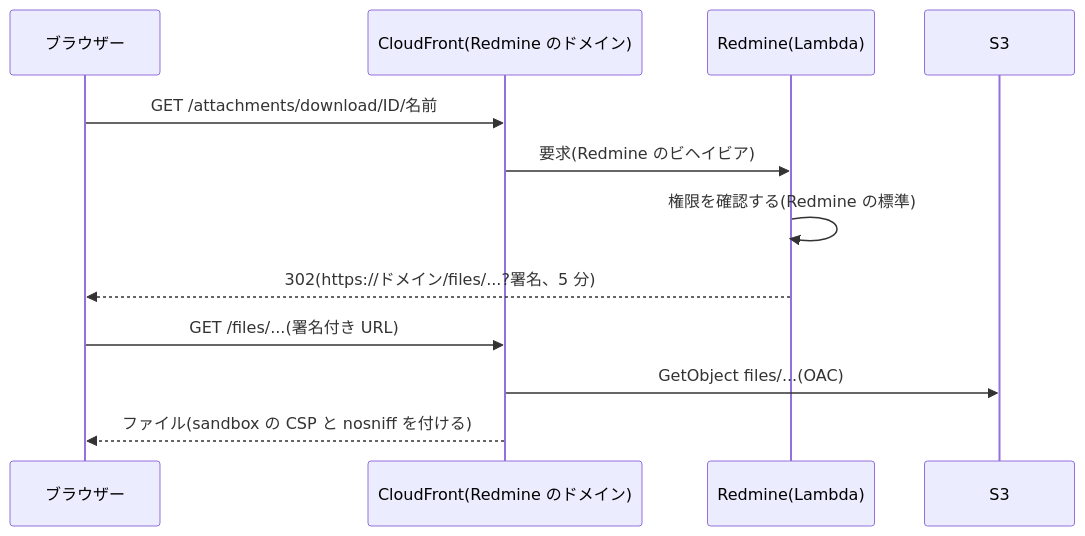
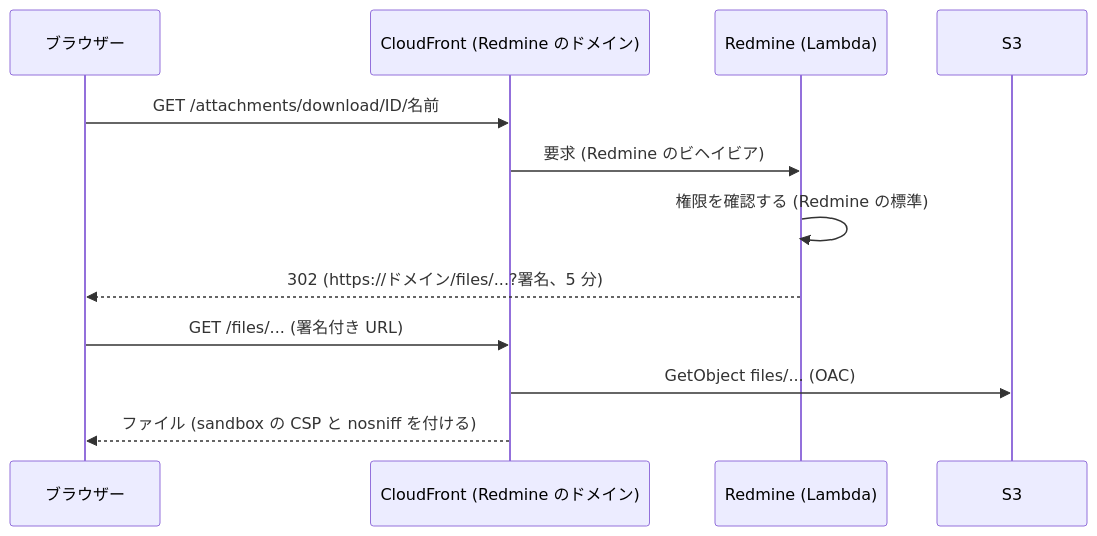
One commit to redmine-kit/redmine_aws_s3 changed the second of 4 diagrams in docs/ja/attachments.md. Above: the diagram before and after it, drawn with Mermaid. The commit also changed other lines of this file and 5 other files, not shown here.

````diff
--- a/docs/ja/attachments.md
+++ b/docs/ja/attachments.md
@@ -166,14 +166,14 @@
 ```mermaid
 sequenceDiagram
   participant B as ブラウザー
-  participant C as CloudFront(Redmine のドメイン)
-  participant R as Redmine(Lambda)
+  participant C as CloudFront (Redmine のドメイン)
+  participant R as Redmine (Lambda)
   participant S as S3
   B->>C: GET /attachments/download/ID/名前
-  C->>R: 要求(Redmine のビヘイビア)
-  R->>R: 権限を確認する(Redmine の標準)
-  R-->>B: 302(https://ドメイン/files/...?署名、5 分)
-  B->>C: GET /files/...(署名付き URL)
-  C->>S: GetObject files/...(OAC)
-  C-->>B: ファイル(sandbox の CSP と nosniff を付ける)
+  C->>R: 要求 (Redmine のビヘイビア)
+  R->>R: 権限を確認する (Redmine の標準)
+  R-->>B: 302 (https://ドメイン/files/...?署名、5 分)
+  B->>C: GET /files/... (署名付き URL)
+  C->>S: GetObject files/... (OAC)
+  C-->>B: ファイル (sandbox の CSP と nosniff を付ける)
 ```
````
